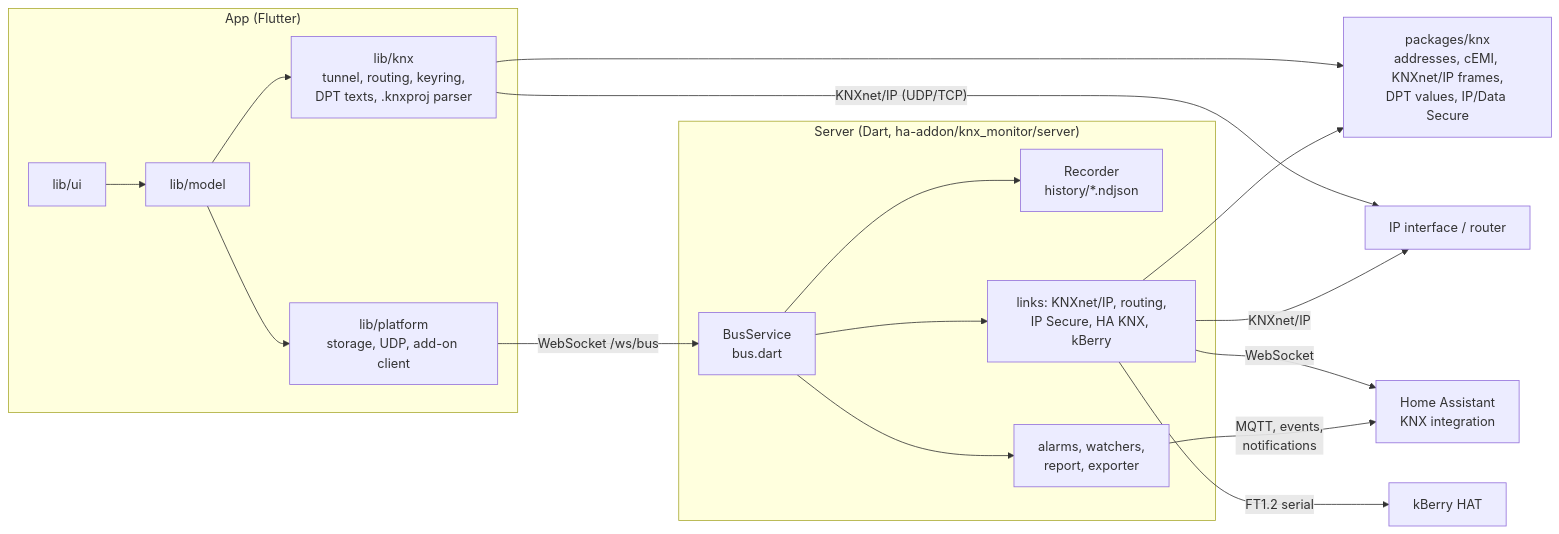
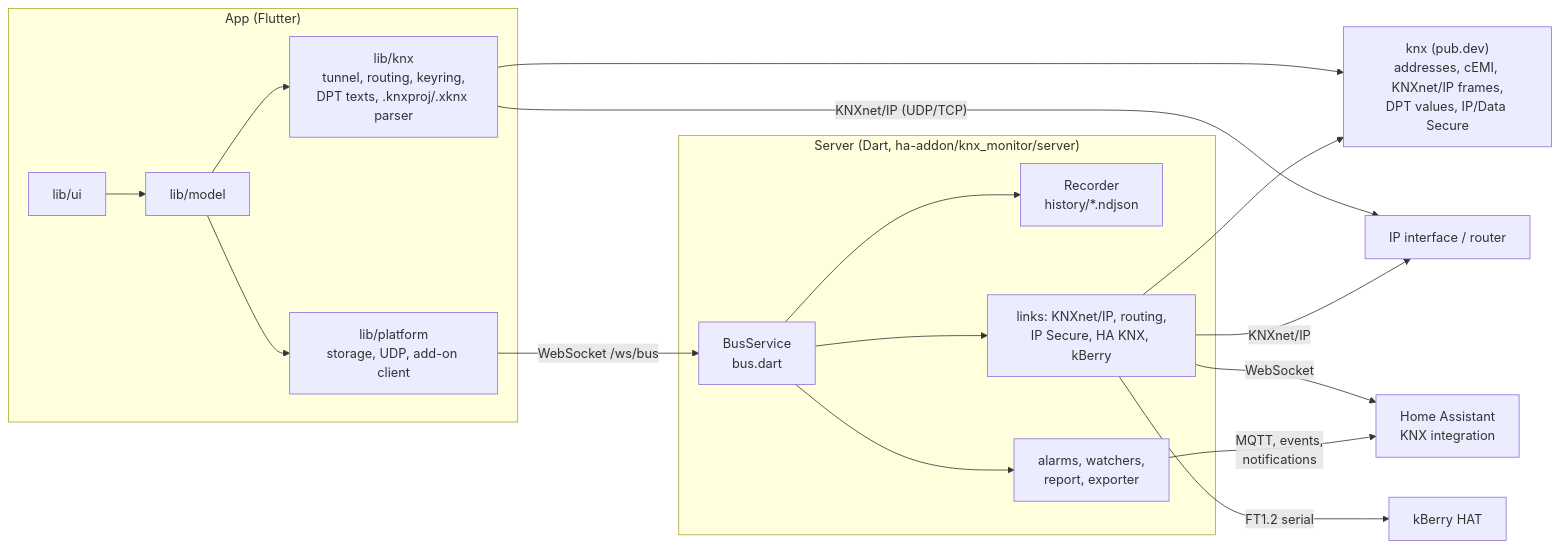
One commit to regetskcob/KNX-Monitor-Code changed the diagram in docs/architecture.md. Above: the diagram before and after it, drawn with Mermaid. The commit also changed other lines of this file and 270 other files, not shown here.

````diff
--- a/docs/architecture.md
+++ b/docs/architecture.md
@@ -11,21 +12,21 @@
 ```mermaid
 flowchart LR
   subgraph Devices["App (Flutter)"]
     UI["lib/ui"] --> Model["lib/model"]
-    Model --> KNX["lib/knx<br/>tunnel, routing, keyring,<br/>DPT texts, .knxproj parser"]
+    Model --> KNX["lib/knx<br/>tunnel, routing, keyring,<br/>DPT texts, .knxproj/.xknx parser"]
     Model --> Platform["lib/platform<br/>storage, UDP, add-on client"]
   end
   subgraph Server["Server (Dart, ha-addon/knx_monitor/server)"]
     Bus["BusService<br/>bus.dart"] --> Rec["Recorder<br/>history/*.ndjson"]
     Bus --> Watch["alarms, watchers,<br/>report, exporter"]
     Bus --> Links["links: KNXnet/IP, routing,<br/>IP Secure, HA KNX, kBerry"]
   end
-  KNX --> Pkg["packages/knx<br/>addresses, cEMI, KNXnet/IP frames,<br/>DPT values, IP/Data Secure"]
+  KNX --> Pkg["knx (pub.dev)<br/>addresses, cEMI, KNXnet/IP frames,<br/>DPT values, IP/Data Secure"]
   Links --> Pkg
   KNX -- "KNXnet/IP (UDP/TCP)" --> GW["IP interface / router"]
   Platform -- "WebSocket /ws/bus" --> Bus
   Links -- "KNXnet/IP" --> GW
   Links -- "FT1.2 serial" --> HAT["kBerry HAT"]
   Links -- "WebSocket" --> HA["Home Assistant<br/>KNX integration"]
   Watch -- "MQTT, events,<br/>notifications" --> HA
 ```
````
